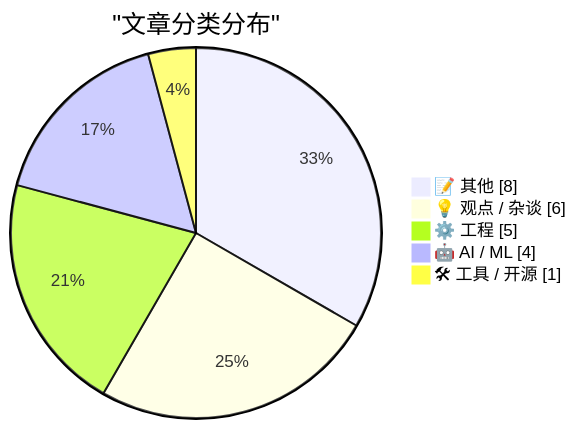
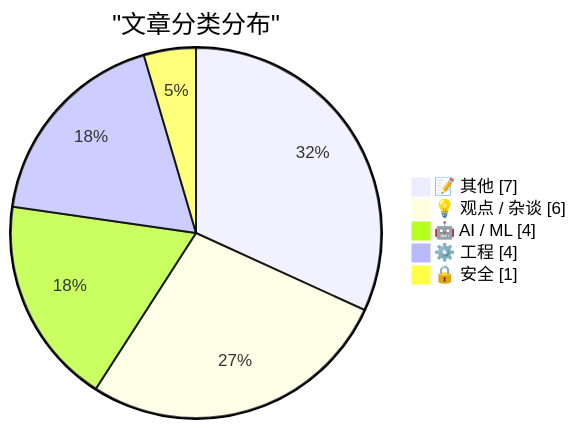
Before and after one commit to hustlyt/ai-daily-digest: the first of 2 diagrams in src/content/digest/2026-02-26.md, drawn with Mermaid. The commit also changed other lines of this file, not shown here.

````diff
--- a/src/content/digest/2026-02-26.md
+++ b/src/content/digest/2026-02-26.md
@@ -60,9 +60,9 @@
 ```mermaid
 pie showData
     title "文章分类分布"
-    "📝 其他" : 8
+    "📝 其他" : 7
     "💡 观点 / 杂谈" : 6
-    "⚙️ 工程" : 5
     "🤖 AI / ML" : 4
-    "🛠 工具 / 开源" : 1
+    "⚙️ 工程" : 4
+    "🔒 安全" : 1
 ```
````
